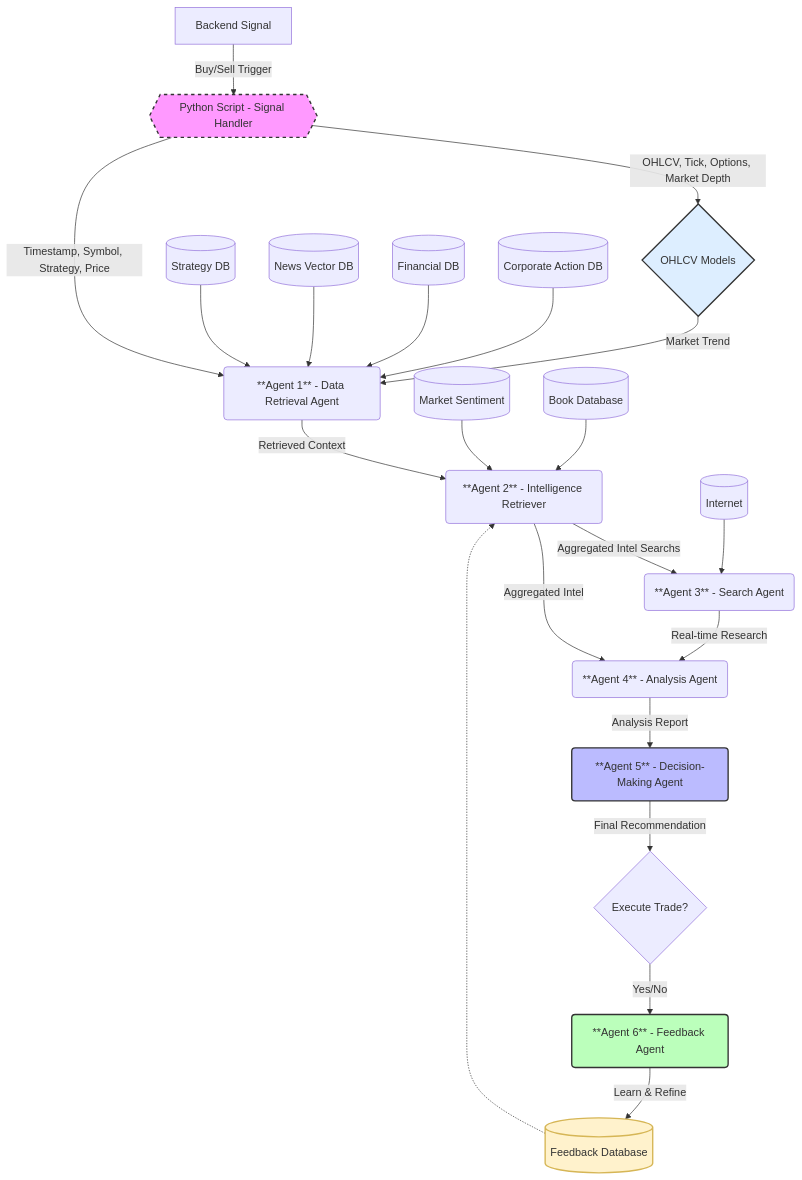
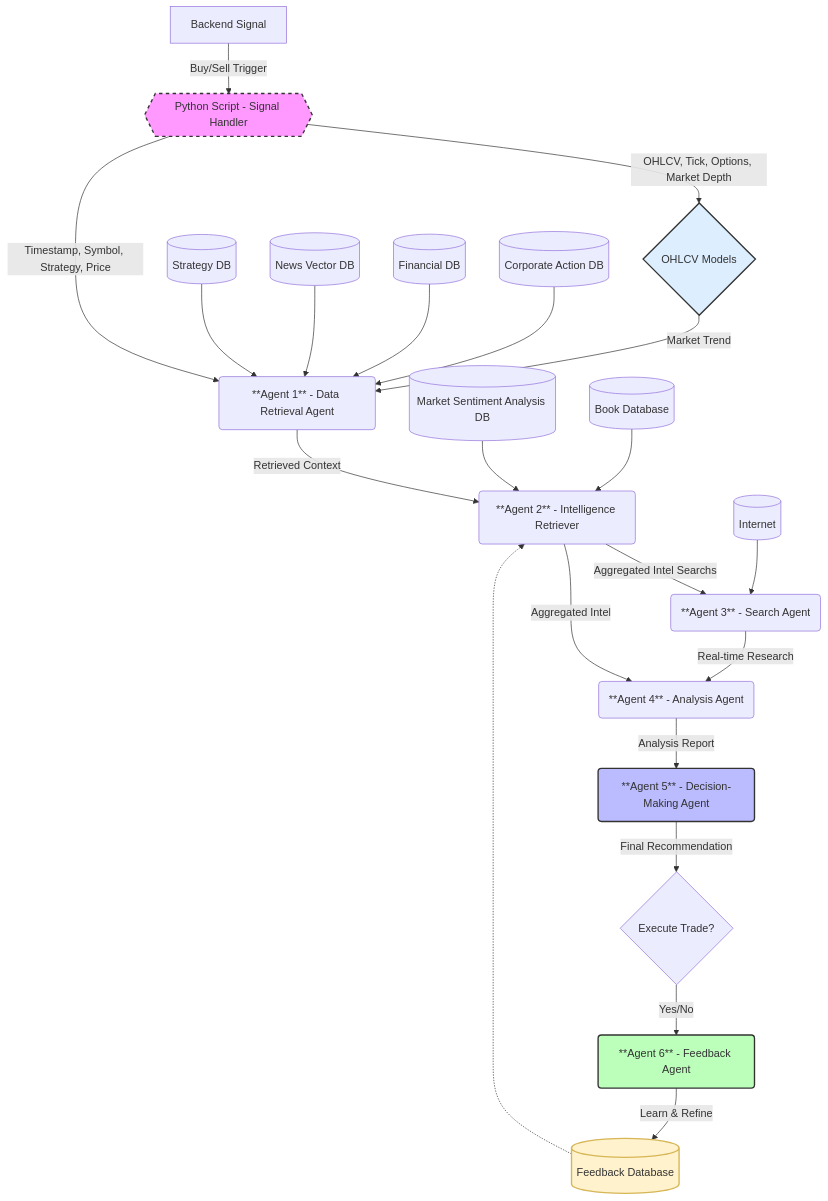
One commit to smartxalgo002-AI-ML/AI-Stretegy-builder changed the diagram in signal-agent-workflow/version-2.md. Above: the diagram before and after it, drawn with Mermaid.

````diff
--- a/signal-agent-workflow/version-2.md
+++ b/signal-agent-workflow/version-2.md
@@ -1,44 +1,44 @@
 ```mermaid
 graph TD
     A[Backend Signal] -->|Buy/Sell Trigger| B{{Python Script - Signal Handler}}
     
     %% Script Feeds Model
     B -->|OHLCV, Tick, Options, Market Depth| G{OHLCV Models}
     
     %% Specific Context Transfer
     B -->|Timestamp, Symbol, Strategy, Price| C(**Agent 1** - Data Retrieval Agent)
     
     %% Agent 1 Expanded Sources (Previously Agent 2)
     DB1[(Strategy DB)] --> C
     DB2[(News Vector DB)] --> C
     DB3[(Financial DB)] --> C
     DB4[(Corporate Action DB)] --> C
     G -->|Market Trend| C
 
     %% Agent 2 Central Intelligence
     C -->|Retrieved Context| D(**Agent 2** - Intelligence Retriever)
-    E[(Market Sentiment)] --> D
+    E[(Market Sentiment Analysis DB)] --> D
     F[(Book Database)] --> D
 
     %% Agent 3 & Internet
     D -->|Aggregated Intel Searchs| L(**Agent 3** - Search Agent)
     M[(Internet)] --> L
     L -->|Real-time Research| H(**Agent 4** - Analysis Agent)
     D -->|Aggregated Intel| H
 
     %% Final Decision Path
     H -->|Analysis Report| I(**Agent 5** - Decision-Making Agent)
     I -->|Final Recommendation| J{Execute Trade?}
 
     %% Feedback Loop
     J -->|Yes/No| K(**Agent 6** - Feedback Agent)
     K -->|Learn & Refine| FB[(Feedback Database)]
     FB -.-> D
 
     %% Styling
     style B fill:#f9f,stroke:#333,stroke-width:2px,stroke-dasharray: 5 5
     style I fill:#bbf,stroke:#333,stroke-width:2px
     style K fill:#bfb,stroke:#333,stroke-width:2px
     style FB fill:#fff2cc,stroke:#d6b656,stroke-width:2px
     style G fill:#def,stroke:#333,stroke-width:2px
 ```
````
